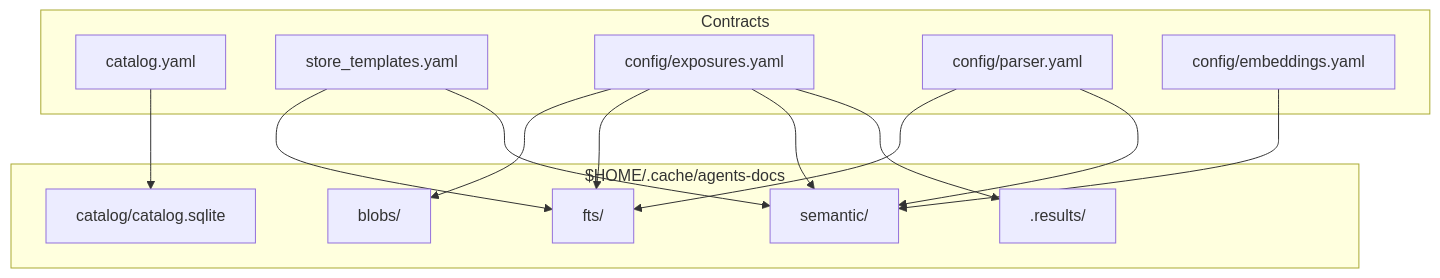
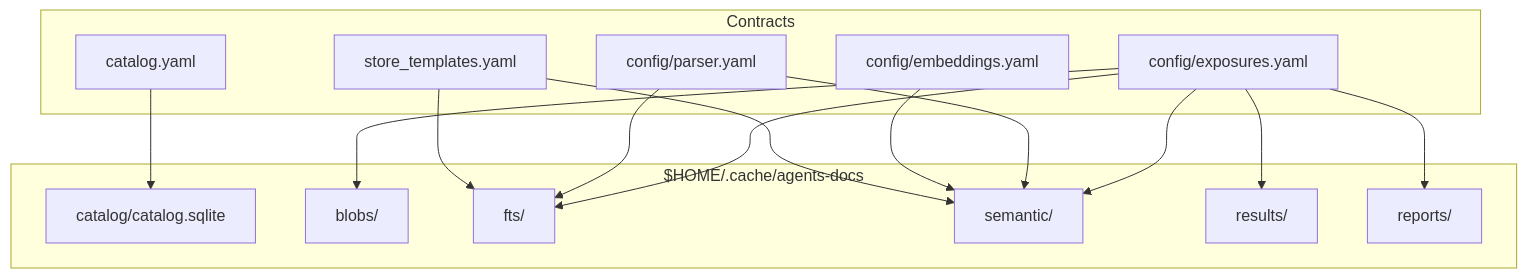
Before and after one commit to VectorMind/evidence-engine: the second of 2 diagrams in README.md, drawn with Mermaid. The commit also changed other lines of this file and 16 other files, not shown here.

````diff
--- a/README.md
+++ b/README.md
@@ -127,29 +137,31 @@
 ```mermaid
 flowchart TB
   subgraph Contracts
     CY[catalog.yaml]
     ST[store_templates.yaml]
     CE[config/exposures.yaml]
     CP[config/parser.yaml]
     EM[config/embeddings.yaml]
   end
 
   subgraph GeneratedCache["$HOME/.cache/agents-docs"]
     DB[catalog/catalog.sqlite]
     BL[blobs/]
     FTS[fts/]
     SEM[semantic/]
-    RES[.results/]
+    RES[results/]
+    REP[reports/]
   end
 
   CY --> DB
   CE --> BL
   CE --> FTS
   CE --> SEM
   CE --> RES
+  CE --> REP
   CP --> FTS
   CP --> SEM
   EM --> SEM
   ST --> FTS
   ST --> SEM
 ```
````
